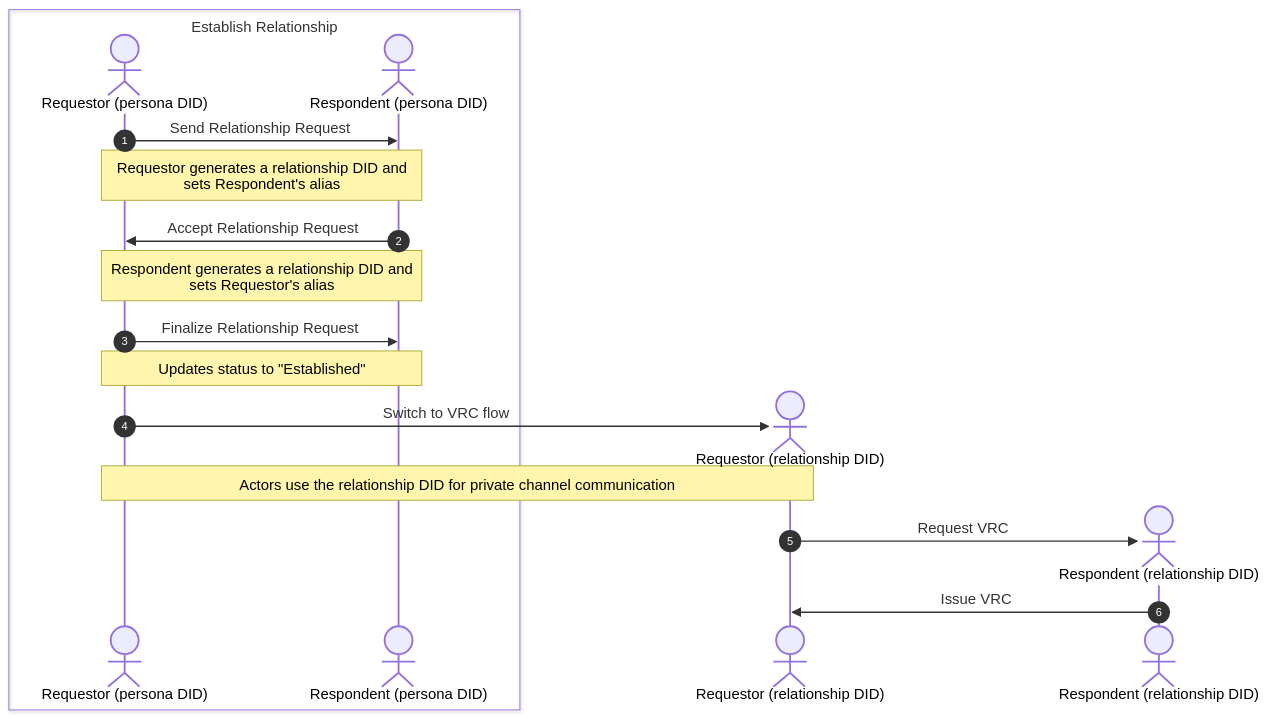
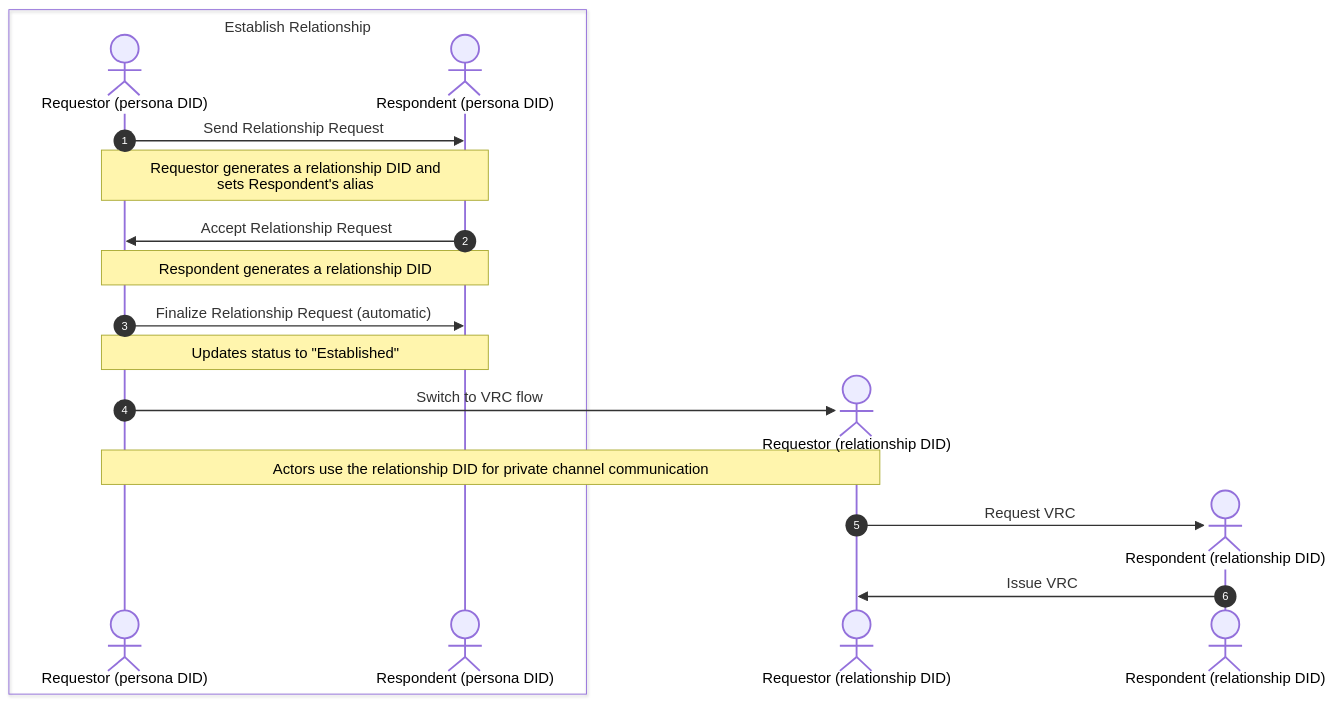
The diagram in docs/relationships-vrcs.md (OpenVTC/openvtc), drawn with Mermaid before and after one commit. The commit also changed other lines of this file and 30 other files, not shown here.

````diff
--- a/docs/relationships-vrcs.md
+++ b/docs/relationships-vrcs.md
@@ -23,23 +17,23 @@
 ```mermaid
 sequenceDiagram
     autonumber
     box transparent Establish Relationship
     actor req as Requestor (persona DID)
     actor res as Respondent (persona DID)
     end
 
     req->>res: Send Relationship Request
     Note over req, res: Requestor generates a relationship DID and<br/>sets Respondent's alias
     res->>req: Accept Relationship Request
-    Note over res, req: Respondent generates a relationship DID and<br/>sets Requestor's alias
-    req->>res: Finalize Relationship Request
+    Note over res, req: Respondent generates a relationship DID
+    req->>res: Finalize Relationship Request (automatic)
     Note over req, res: Updates status to "Established"
 
     create actor rdid-req as Requestor (relationship DID)
     req->>rdid-req: Switch to VRC flow
     Note over req, rdid-req:  Actors use the relationship DID for private channel communication
     create actor rdid-res as Respondent (relationship DID)
 
     rdid-req->>rdid-res: Request VRC
     rdid-res->>rdid-req: Issue VRC
 ```
````
